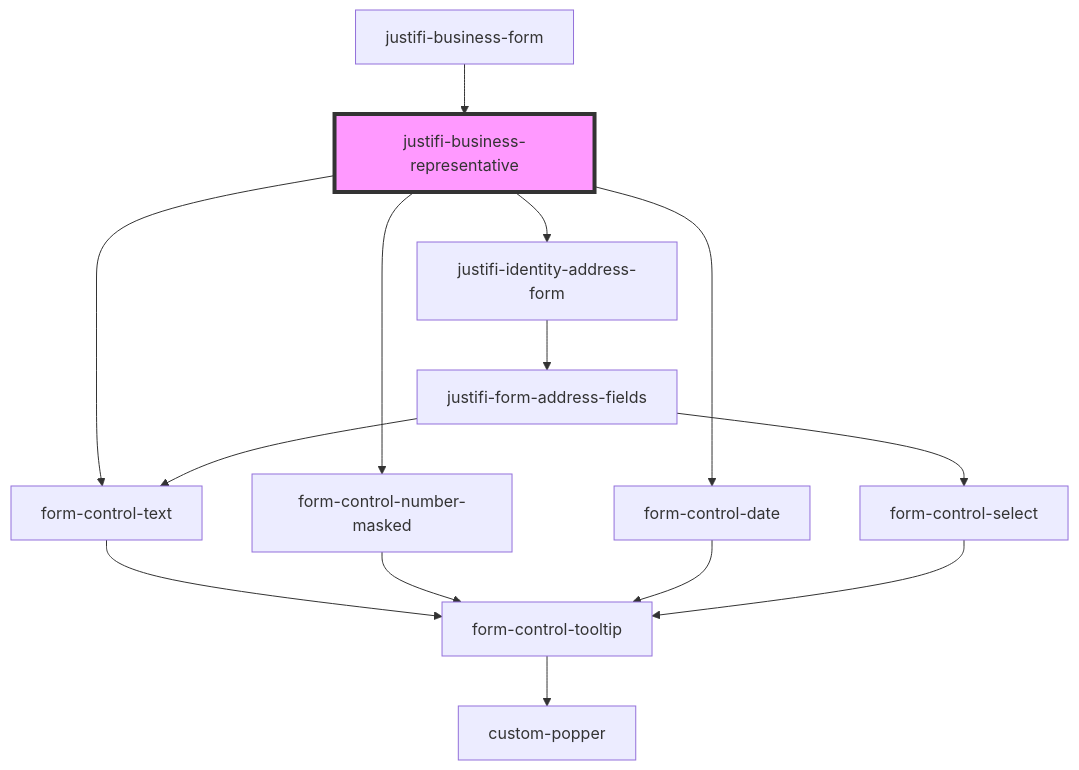
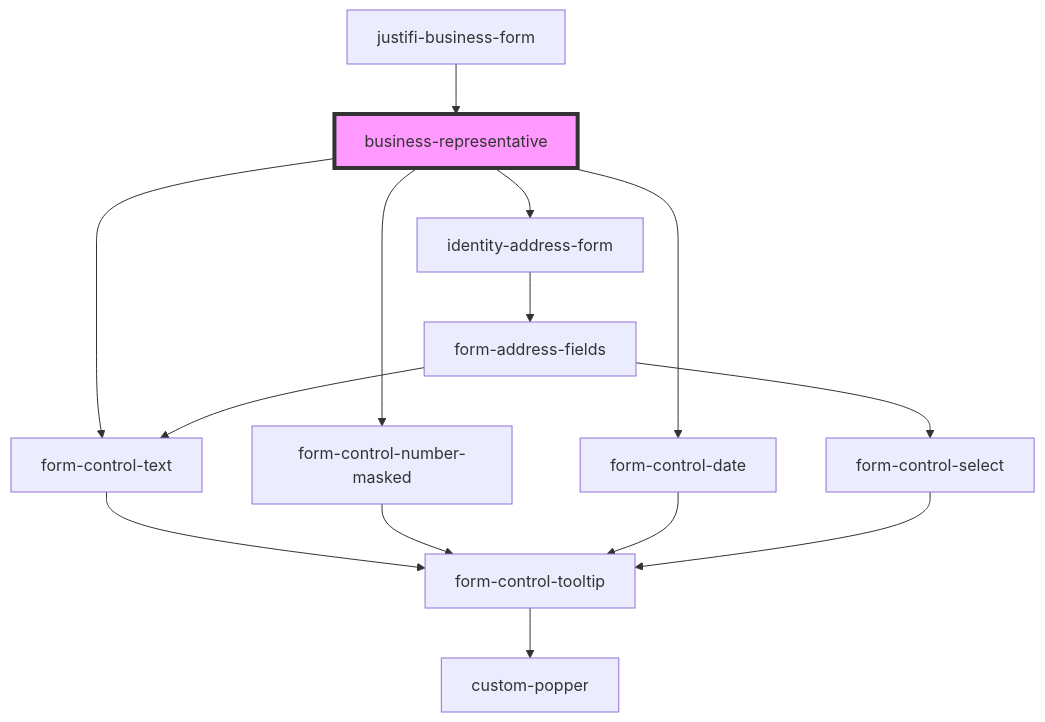
Before and after one commit to justifi-tech/web-component-library: the diagram in packages/webcomponents/src/components/business-forms/business-form/business-representative/README.md, drawn with Mermaid. The commit also changed other lines of this file and 236 other files, not shown here.

````diff
--- a/packages/webcomponents/src/components/business-forms/business-form/business-representative/README.md
+++ b/packages/webcomponents/src/components/business-forms/business-form/business-representative/README.md
@@ -30,17 +30,17 @@
 ```mermaid
 graph TD;
-  justifi-business-representative --> form-control-text
-  justifi-business-representative --> form-control-number-masked
-  justifi-business-representative --> form-control-date
-  justifi-business-representative --> justifi-identity-address-form
+  business-representative --> form-control-text
+  business-representative --> form-control-number-masked
+  business-representative --> form-control-date
+  business-representative --> identity-address-form
   form-control-text --> form-control-tooltip
   form-control-tooltip --> custom-popper
   form-control-number-masked --> form-control-tooltip
   form-control-date --> form-control-tooltip
-  justifi-identity-address-form --> justifi-form-address-fields
-  justifi-form-address-fields --> form-control-text
-  justifi-form-address-fields --> form-control-select
+  identity-address-form --> form-address-fields
+  form-address-fields --> form-control-text
+  form-address-fields --> form-control-select
   form-control-select --> form-control-tooltip
-  justifi-business-form --> justifi-business-representative
-  style justifi-business-representative fill:#f9f,stroke:#333,stroke-width:4px
+  justifi-business-form --> business-representative
+  style business-representative fill:#f9f,stroke:#333,stroke-width:4px
 ```
````
